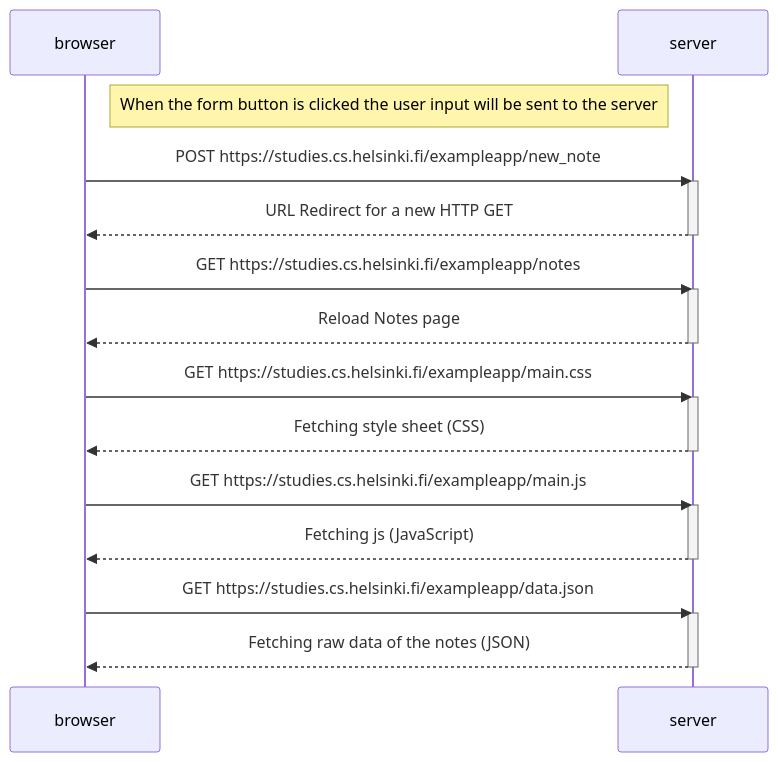
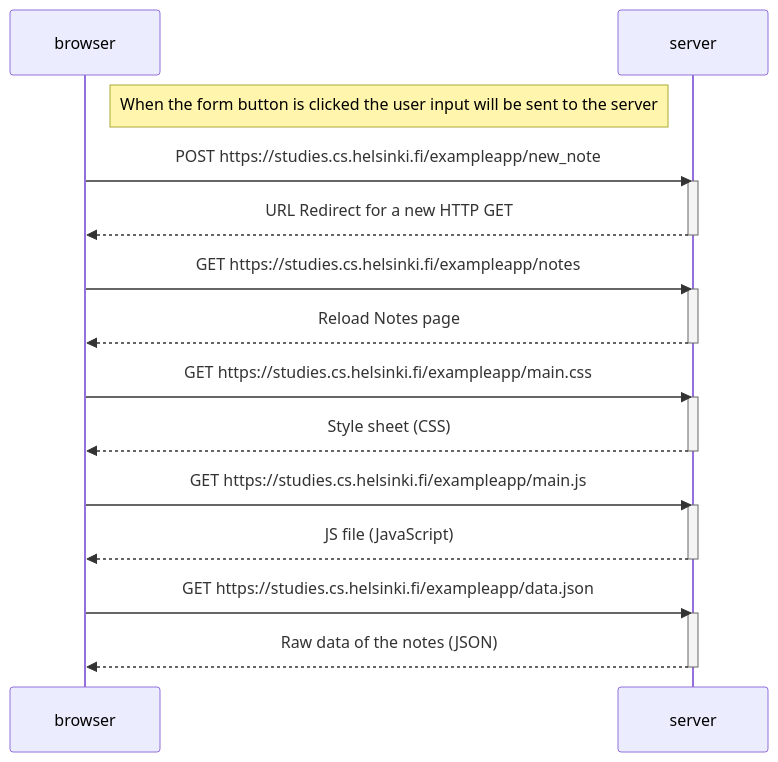
Before and after one commit to GorgeThePotato/fullstackopen: the diagram in part0/04_NewNoteDiagram.MD, drawn with Mermaid. The commit also changed 2 other files, not shown here.

Commit message:
part0 completed

````diff
--- a/part0/04_NewNoteDiagram.MD
+++ b/part0/04_NewNoteDiagram.MD
@@ -1,34 +1,34 @@
 ```mermaid
 sequenceDiagram
 
     participant browser
     participant server
 
     Note right of browser: When the form button is clicked the user input will be sent to the server
 
     browser->>server: POST https://studies.cs.helsinki.fi/exampleapp/new_note
     activate server
     server-->>browser: URL Redirect for a new HTTP GET
     deactivate server
 
     browser->>server: GET https://studies.cs.helsinki.fi/exampleapp/notes
     activate server
     server-->>browser: Reload Notes page
     deactivate server
 
     browser->>server: GET https://studies.cs.helsinki.fi/exampleapp/main.css
     activate server
-    server-->>browser: Fetching style sheet (CSS)
+    server-->>browser: Style sheet (CSS)
     deactivate server
 
     browser->>server: GET https://studies.cs.helsinki.fi/exampleapp/main.js
     activate server
-    server-->>browser: Fetching js (JavaScript)
+    server-->>browser: JS file (JavaScript)
     deactivate server
 
     browser->>server: GET https://studies.cs.helsinki.fi/exampleapp/data.json
     activate server
-    server-->>browser: Fetching raw data of the notes (JSON)
+    server-->>browser: Raw data of the notes (JSON)
     deactivate server
 
 ```
````
